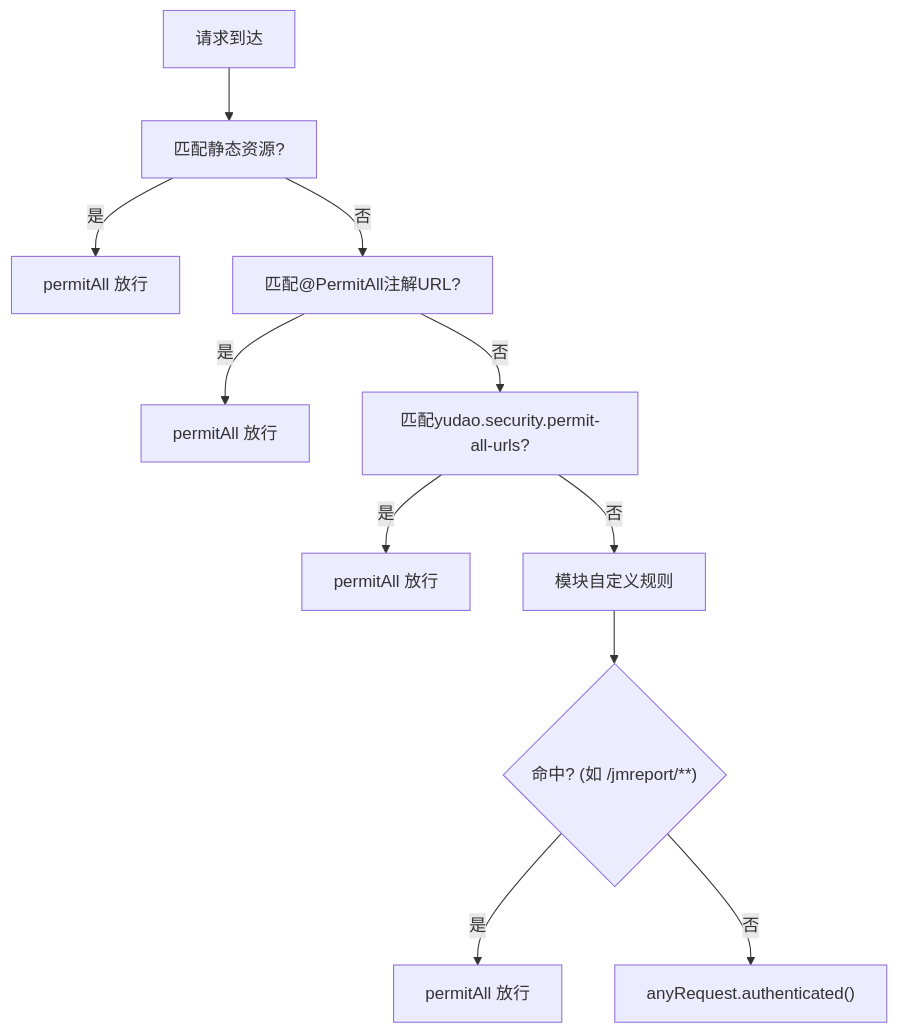
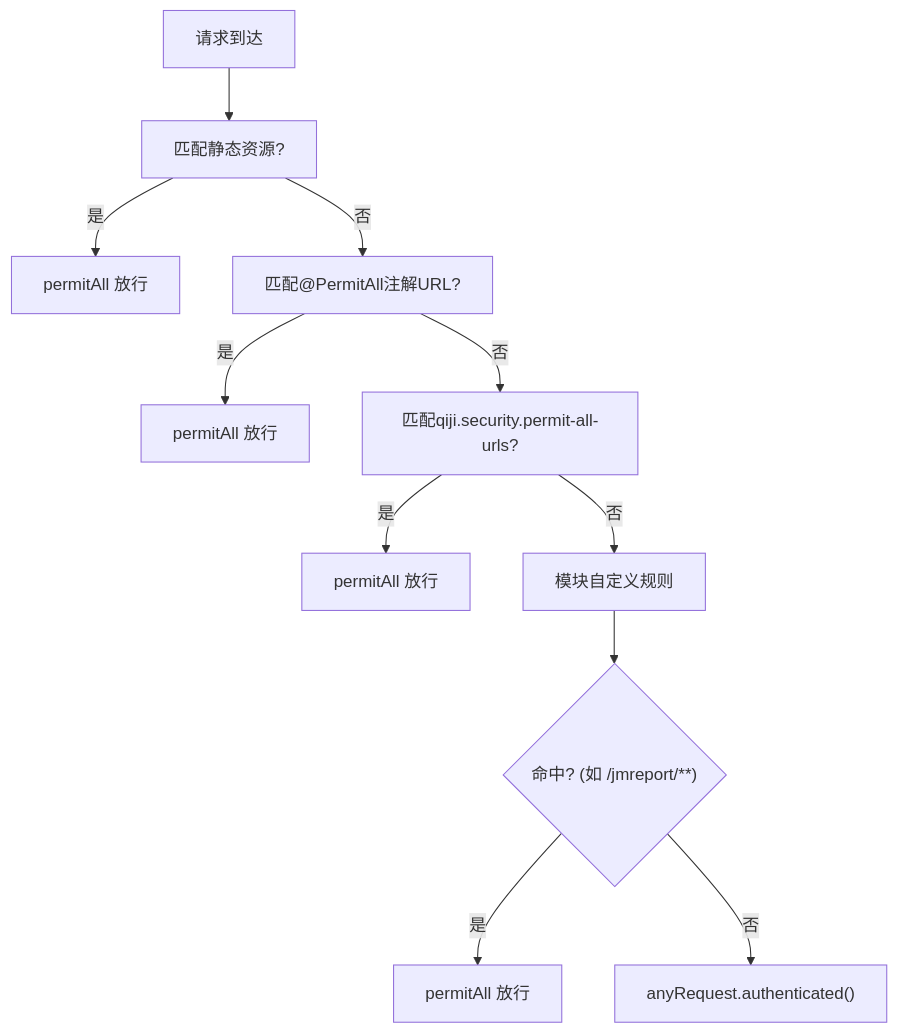
One commit to zhuangpengLI/AgenticCPS changed the fourth of 6 diagrams in backend/.qoder/repowiki/zh/content/安全与权限/权限控制/权限验证机制.md. Above: the diagram before and after it, drawn with Mermaid. The commit also changed other lines of this file and 3489 other files, not shown here.

````diff
--- a/backend/.qoder/repowiki/zh/content/安全与权限/权限控制/权限验证机制.md
+++ b/backend/.qoder/repowiki/zh/content/安全与权限/权限控制/权限验证机制.md
@@ -199,13 +199,13 @@
 ```mermaid
 flowchart TD
 A["请求到达"] --> B["匹配静态资源?"]
 B --> |是| P1["permitAll 放行"]
 B --> |否| C["匹配@PermitAll注解URL?"]
 C --> |是| P2["permitAll 放行"]
-C --> |否| D["匹配yudao.security.permit-all-urls?"]
+C --> |否| D["匹配qiji.security.permit-all-urls?"]
 D --> |是| P3["permitAll 放行"]
 D --> |否| E["模块自定义规则"]
 E --> F{"命中? (如 /jmreport/**)"}
 F --> |是| P4["permitAll 放行"]
 F --> |否| G["anyRequest.authenticated()"]
 ```
````
